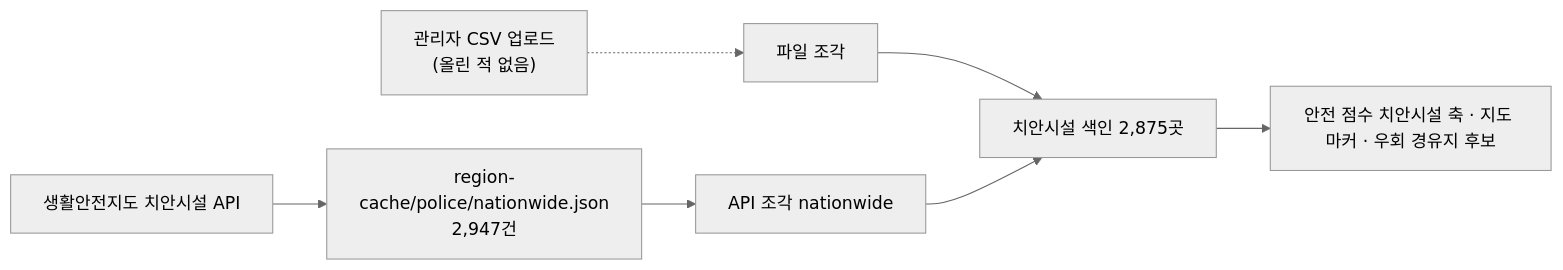
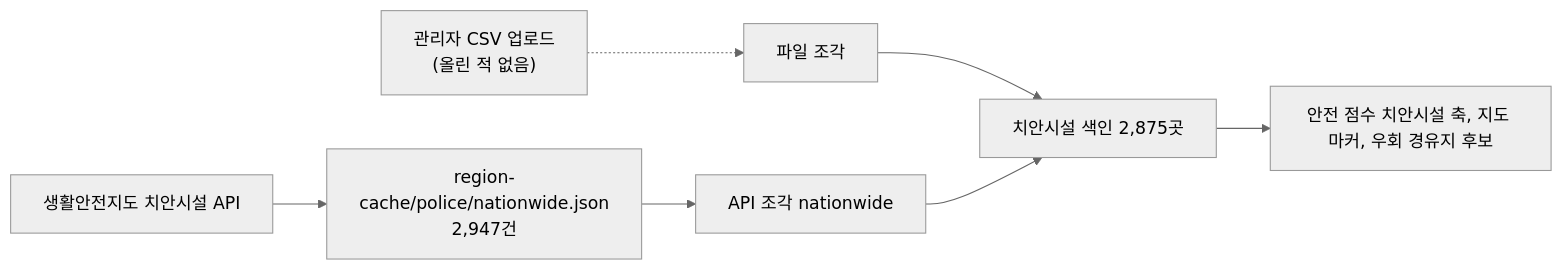
Before and after one commit to soo-ai-agent/bueongi-backend: the diagram in docs/safety-spots/police.md, drawn with Mermaid (neutral theme). The commit also changed other lines of this file and 8 other files, not shown here.

````diff
--- a/docs/safety-spots/police.md
+++ b/docs/safety-spots/police.md
@@ -13,9 +13,9 @@
 ```mermaid
 flowchart LR
     UP["관리자 CSV 업로드<br/>(올린 적 없음)"] -.-> FILE["파일 조각"]
     API["생활안전지도 치안시설 API"] --> RC["region-cache/police/nationwide.json<br/>2,947건"]
     RC --> REGION["API 조각 nationwide"]
     FILE --> IDX["치안시설 색인 2,875곳"]
     REGION --> IDX
-    IDX --> USE["안전 점수 치안시설 축 · 지도 마커 · 우회 경유지 후보"]
+    IDX --> USE["안전 점수 치안시설 축, 지도 마커, 우회 경유지 후보"]
 ```
````
